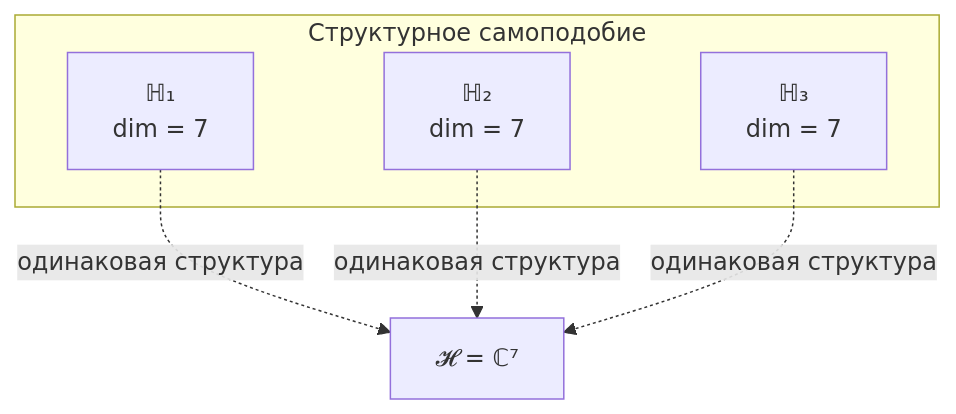
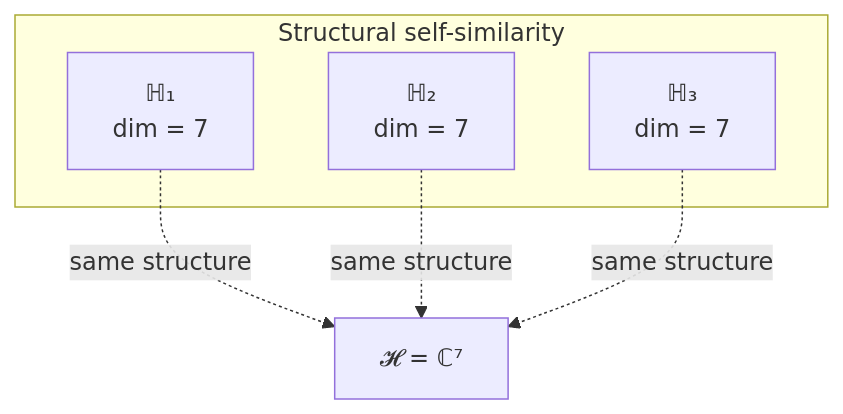
Before and after one commit to gst-st/uhm: the second of 2 diagrams in website/docs/core/foundations/consequences.md, drawn with Mermaid. The commit also changed other lines of this file and 3 other files, not shown here.

````diff
--- a/website/docs/core/foundations/consequences.md
+++ b/website/docs/core/foundations/consequences.md
@@ -518,11 +518,11 @@
 ```mermaid
 graph TB
-    subgraph "Структурное самоподобие"
+    subgraph "Structural self-similarity"
         H1["ℍ₁<br/>dim = 7"]
         H2["ℍ₂<br/>dim = 7"]
         H3["ℍ₃<br/>dim = 7"]
     end
-    H1 -.->|"одинаковая структура"| S["𝓗 = ℂ⁷"]
-    H2 -.->|"одинаковая структура"| S
-    H3 -.->|"одинаковая структура"| S
+    H1 -.->|"same structure"| S["𝓗 = ℂ⁷"]
+    H2 -.->|"same structure"| S
+    H3 -.->|"same structure"| S
 ```
````
